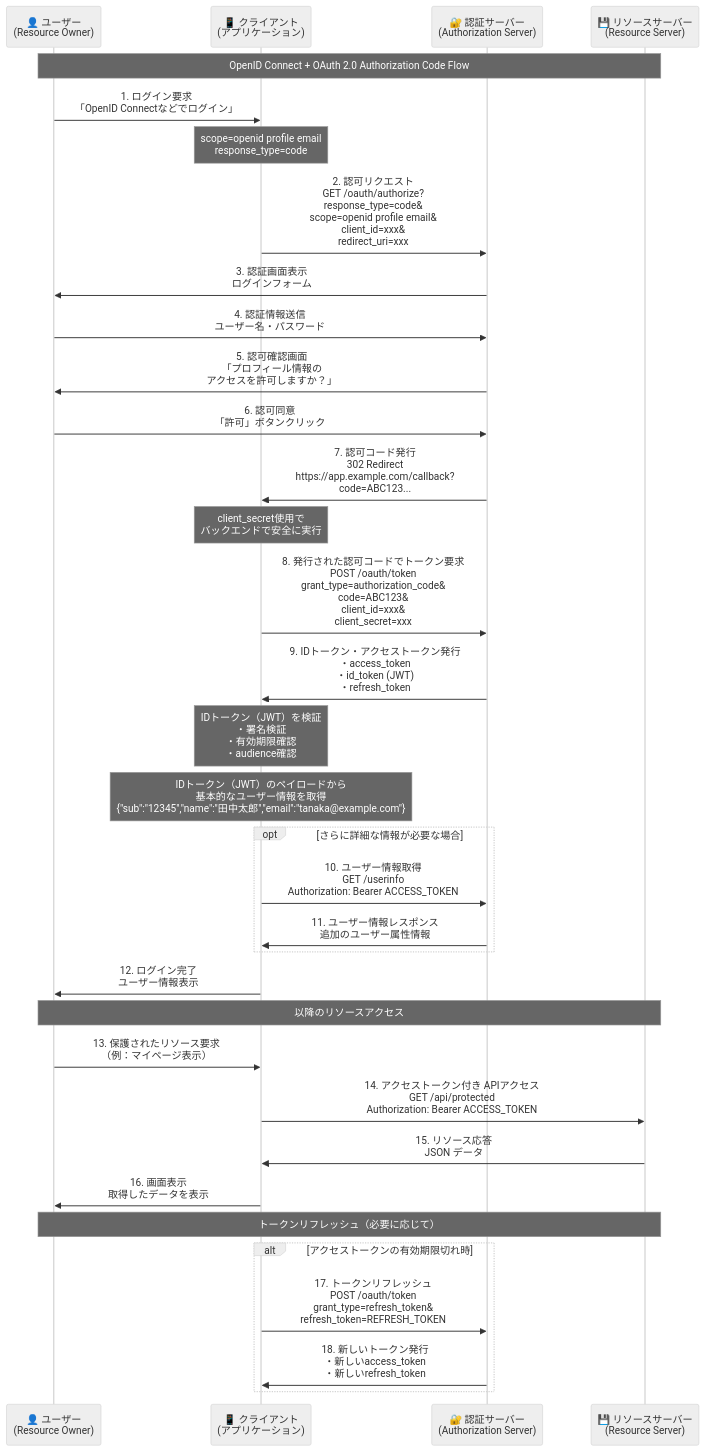
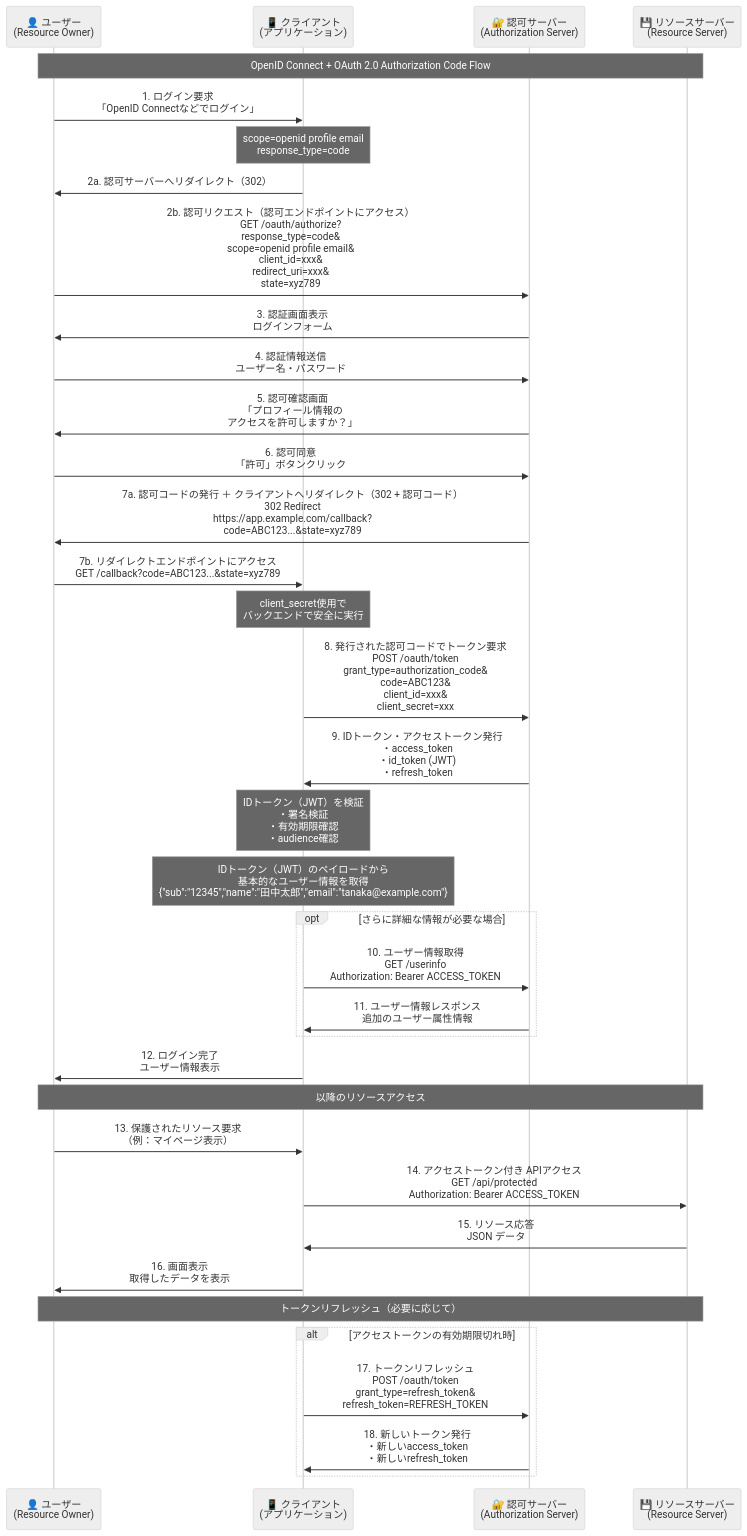
One commit to nutslove/Knowledges changed the diagram in OAuth・OIDC/OAuthとOIDCについて.md. Above: the diagram before and after it, drawn with Mermaid (neutral theme).

````diff
--- a/OAuth・OIDC/OAuthとOIDCについて.md
+++ b/OAuth・OIDC/OAuthとOIDCについて.md
@@ -1,57 +1,59 @@
 ```mermaid
 sequenceDiagram
     participant U as 👤 ユーザー<br/>(Resource Owner)
     participant C as 📱 クライアント<br/>(アプリケーション)
-    participant AS as 🔐 認証サーバー<br/>(Authorization Server)
+    participant AS as 🔐 認可サーバー<br/>(Authorization Server)
     participant RS as 💾 リソースサーバー<br/>(Resource Server)
 
     Note over U,RS: OpenID Connect + OAuth 2.0 Authorization Code Flow
 
     U->>C: 1. ログイン要求<br/>「OpenID Connectなどでログイン」
     
     Note over C: scope=openid profile email<br/>response_type=code
-    C->>AS: 2. 認可リクエスト<br/>GET /oauth/authorize?<br/>response_type=code&<br/>scope=openid profile email&<br/>client_id=xxx&<br/>redirect_uri=xxx
+    C->>U: 2a. 認可サーバーへリダイレクト（302）
+    U->>AS: 2b. 認可リクエスト（認可エンドポイントにアクセス）<br/>GET /oauth/authorize?<br/>response_type=code&<br/>scope=openid profile email&<br/>client_id=xxx&<br/>redirect_uri=xxx&<br/>state=xyz789
 
     AS->>U: 3. 認証画面表示<br/>ログインフォーム
     
     U->>AS: 4. 認証情報送信<br/>ユーザー名・パスワード
     
     AS->>U: 5. 認可確認画面<br/>「プロフィール情報の<br/>アクセスを許可しますか？」
     
     U->>AS: 6. 認可同意<br/>「許可」ボタンクリック
     
-    AS->>C: 7. 認可コード発行<br/>302 Redirect<br/>https://app.example.com/callback?<br/>code=ABC123...
+    AS->>U: 7a. 認可コードの発行 ＋ クライアントへリダイレクト（302 + 認可コード）<br/>302 Redirect<br/>https://app.example.com/callback?<br/>code=ABC123...&state=xyz789
+    U->>C: 7b. リダイレクトエンドポイントにアクセス <br/>GET /callback?code=ABC123...&state=xyz789
     
     Note over C: client_secret使用で<br/>バックエンドで安全に実行
     C->>AS: 8. 発行された認可コードでトークン要求<br/>POST /oauth/token<br/>grant_type=authorization_code&<br/>code=ABC123&<br/>client_id=xxx&<br/>client_secret=xxx
     
     AS->>C: 9. IDトークン・アクセストークン発行<br/>・access_token <br/>・id_token (JWT)<br/>・refresh_token
     
     Note over C: IDトークン（JWT）を検証<br/>・署名検証<br/>・有効期限確認<br/>・audience確認
     
     Note over C: IDトークン（JWT）のペイロードから<br/>基本的なユーザー情報を取得<br/>{"sub":"12345","name":"田中太郎","email":"tanaka@example.com"}
     
     opt さらに詳細な情報が必要な場合
         C->>AS: 10. ユーザー情報取得<br/>GET /userinfo<br/>Authorization: Bearer ACCESS_TOKEN
         AS->>C: 11. ユーザー情報レスポンス<br/>追加のユーザー属性情報
     end
     
     C->>U: 12. ログイン完了<br/>ユーザー情報表示
     
     Note over U,RS: 以降のリソースアクセス
     
     U->>C: 13. 保護されたリソース要求<br/>（例：マイページ表示）
     
     C->>RS: 14. アクセストークン付き APIアクセス<br/>GET /api/protected<br/>Authorization: Bearer ACCESS_TOKEN
     
     RS->>C: 15. リソース応答<br/>JSON データ
     
     C->>U: 16. 画面表示<br/>取得したデータを表示
     
     Note over U,RS: トークンリフレッシュ（必要に応じて）
     
     alt アクセストークンの有効期限切れ時
         C->>AS: 17. トークンリフレッシュ<br/>POST /oauth/token<br/>grant_type=refresh_token&<br/>refresh_token=REFRESH_TOKEN
         AS->>C: 18. 新しいトークン発行<br/>・新しいaccess_token<br/>・新しいrefresh_token
     end
 ```
````
